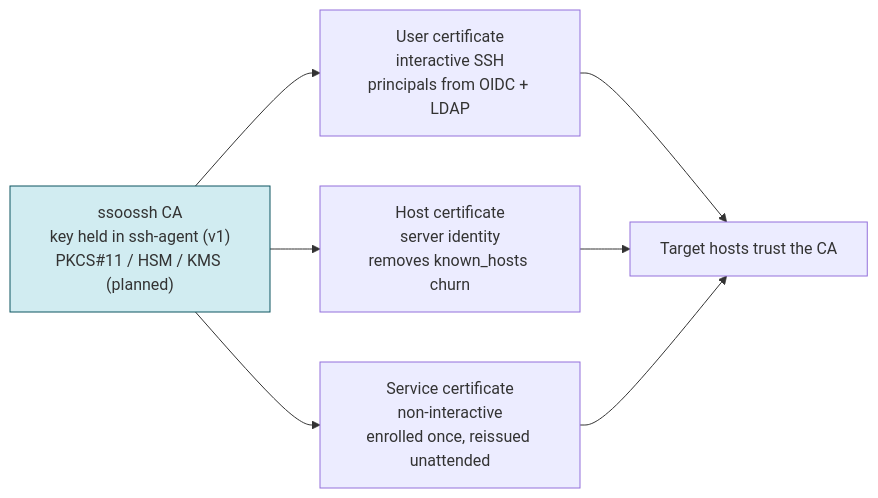
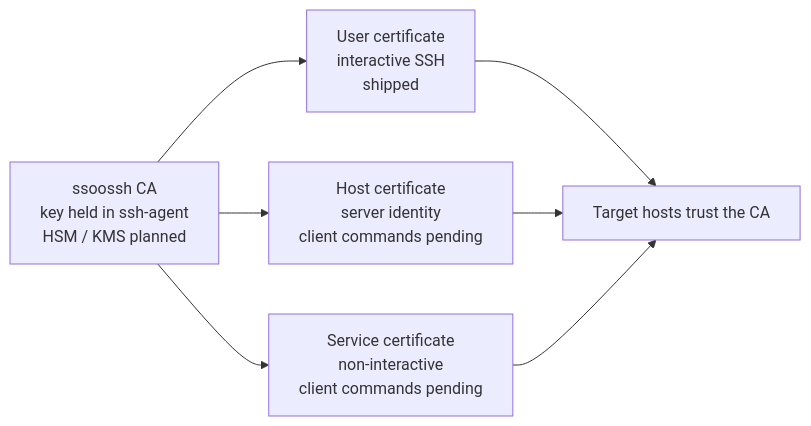
Before and after one commit to mnestor/ssoossh: diagram 11 of 11 in docs/flows.md, drawn with Mermaid. The commit also changed other lines of this file and 81 other files, not shown here.

````diff
--- a/docs/flows.md
+++ b/docs/flows.md
@@ -305,14 +269,10 @@
 ```mermaid
 flowchart LR
-    CA["ssoossh CA<br/>key held in ssh-agent (v1)<br/>PKCS#11 / HSM / KMS (planned)"]
-
-    CA --> U["User certificate<br/>interactive SSH<br/>principals from OIDC + LDAP"]
-    CA --> H["Host certificate<br/>server identity<br/>removes known_hosts churn"]
-    CA --> S["Service certificate<br/>non-interactive<br/>enrolled once, reissued unattended"]
-
-    U --> UH["Target hosts trust the CA"]
-    H --> UH
-    S --> UH
-
-    style CA fill:#d1ecf1,stroke:#0c5460
+    CA["ssoossh CA<br/>key held in ssh-agent<br/>HSM / KMS planned"]
+    CA --> U["User certificate<br/>interactive SSH<br/>shipped"]
+    CA --> H["Host certificate<br/>server identity<br/>client commands pending"]
+    CA --> S["Service certificate<br/>non-interactive<br/>client commands pending"]
+    U --> T["Target hosts trust the CA"]
+    H --> T
+    S --> T
 ```
````
